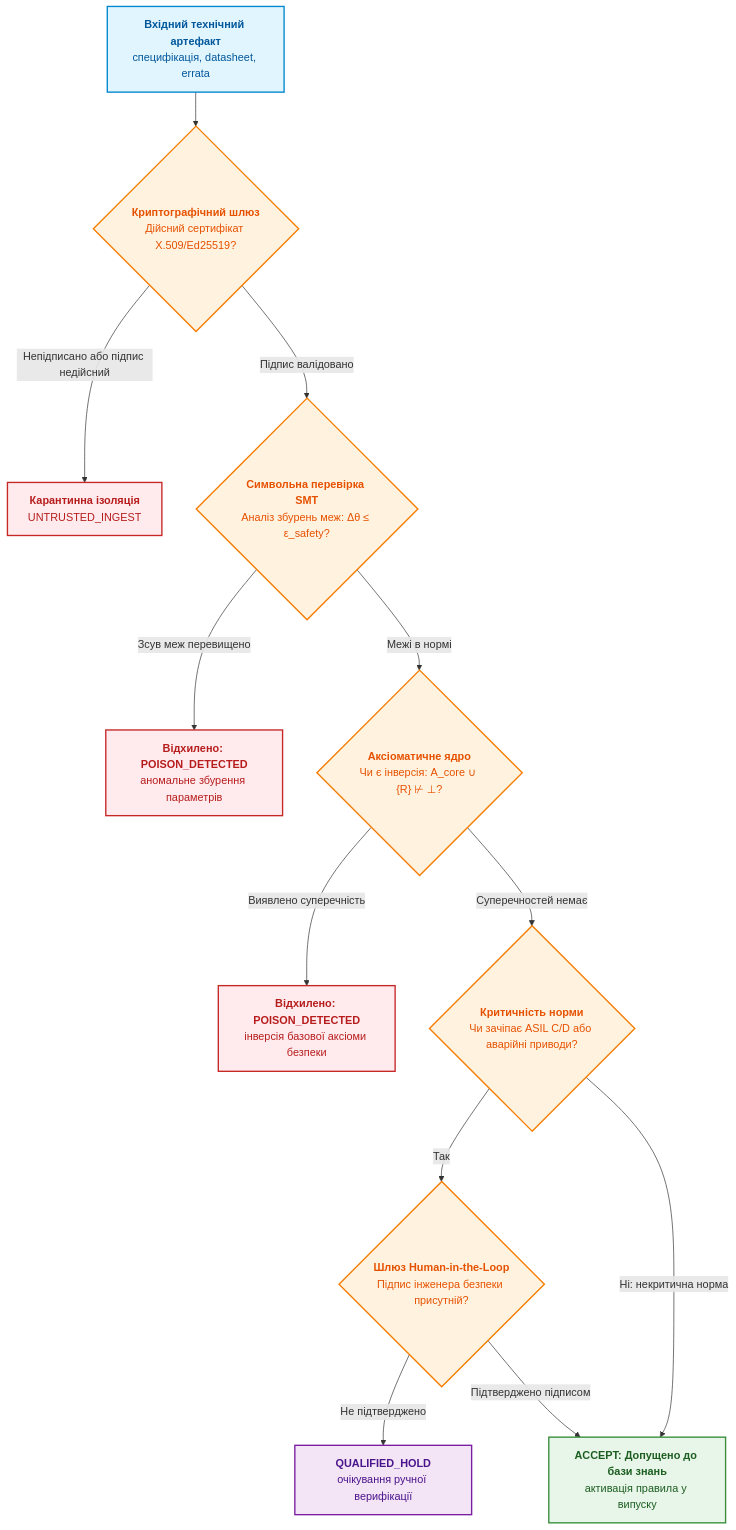
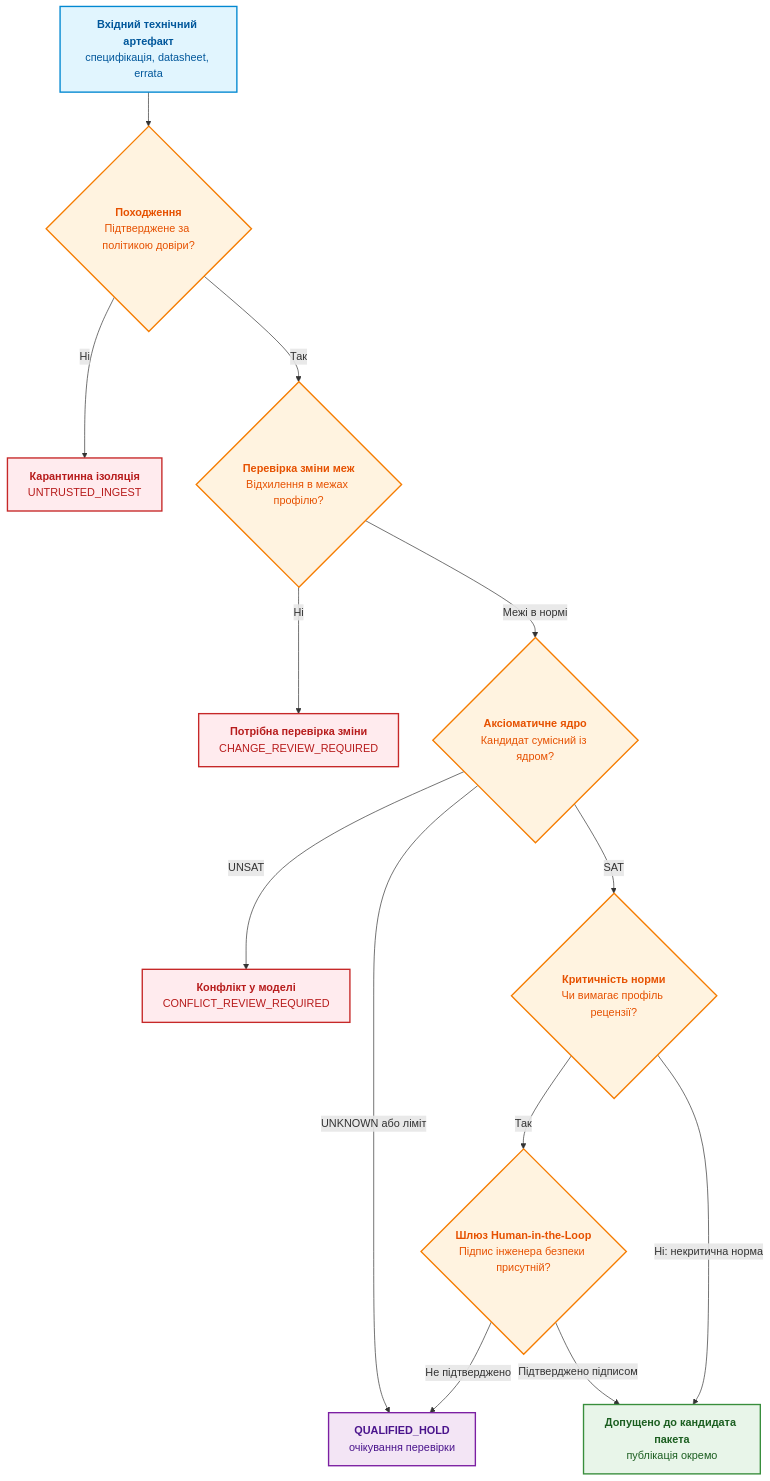
Before and after one commit to nick-fedchik/articles: the tenth of 12 diagrams in ExpertSystem/ch15-knowledge-extraction-and-kb-construction.md, drawn with Mermaid. The commit also changed other lines of this file and 7 other files, not shown here.

````diff
--- a/ExpertSystem/ch15-knowledge-extraction-and-kb-construction.md
+++ b/ExpertSystem/ch15-knowledge-extraction-and-kb-construction.md
@@ -1349,29 +1541,30 @@
 ```mermaid
 flowchart TD
     accTitle: Шлюз захисту від епістемічного отруєння знань
-    accDescr: Багаторівнева перевірка імпортованих нормативних артефактів за таксономією MITRE ATLAS AML.T0020 та AML.T0043 через криптографічну автентифікацію, символьний SMT-аналіз збурень та шлюз за участі людини в циклі керування.
+    accDescr: Проєктна політика перевіряє походження, зміни меж, сумісність аксіом і потребу рецензії. Незавершений SMT-аналіз або непідтверджена зміна не дають допуску.
 
-    Artifact["<b>Вхідний технічний артефакт</b><br/>специфікація, datasheet, errata"] --> V_Cert{"<b>Криптографічний шлюз</b><br/>Дійсний сертифікат X.509/Ed25519?"}
-    V_Cert -- Непідписано або підпис недійсний --> Quarantine["<b>Карантинна ізоляція</b><br/>UNTRUSTED_INGEST"]
-    V_Cert -- Підпис валідовано --> SMT_Pre{"<b>Символьна перевірка SMT</b><br/>Аналіз збурень меж: Δθ ≤ ε_safety?"}
-    SMT_Pre -- Зсув меж перевищено --> Poison1["<b>Відхилено: POISON_DETECTED</b><br/>аномальне збурення параметрів"]
-    SMT_Pre -- Межі в нормі --> SMT_Inv{"<b>Аксіоматичне ядро</b><br/>Чи є інверсія: A_core ∪ {R} ⊬ ⊥?"}
-    SMT_Inv -- Виявлено суперечність --> Poison2["<b>Відхилено: POISON_DETECTED</b><br/>інверсія базової аксіоми безпеки"]
-    SMT_Inv -- Суперечностей немає --> Check_ASIL{"<b>Критичність норми</b><br/>Чи зачіпає ASIL C/D або аварійні приводи?"}
+    Artifact["<b>Вхідний технічний артефакт</b><br/>специфікація, datasheet, errata"] --> V_Cert{"<b>Походження</b><br/>Підтверджене за політикою довіри?"}
+    V_Cert -- Ні --> Quarantine["<b>Карантинна ізоляція</b><br/>UNTRUSTED_INGEST"]
+    V_Cert -- Так --> SMT_Pre{"<b>Перевірка зміни меж</b><br/>Відхилення в межах профілю?"}
+    SMT_Pre -- Ні --> Poison1["<b>Потрібна перевірка зміни</b><br/>CHANGE_REVIEW_REQUIRED"]
+    SMT_Pre -- Межі в нормі --> SMT_Inv{"<b>Аксіоматичне ядро</b><br/>Кандидат сумісний із ядром?"}
+    SMT_Inv -- UNSAT --> Poison2["<b>Конфлікт у моделі</b><br/>CONFLICT_REVIEW_REQUIRED"]
+    SMT_Inv -- UNKNOWN або ліміт --> Hold["<b>QUALIFIED_HOLD</b><br/>очікування перевірки"]
+    SMT_Inv -- SAT --> Check_ASIL{"<b>Критичність норми</b><br/>Чи вимагає профіль рецензії?"}
     Check_ASIL -- Так --> HITL_Gate{"<b>Шлюз Human-in-the-Loop</b><br/>Підпис інженера безпеки присутній?"}
-    HITL_Gate -- Не підтверджено --> Hold["<b>QUALIFIED_HOLD</b><br/>очікування ручної верифікації"]
-    HITL_Gate -- Підтверджено підписом --> Release["<b>ACCEPT: Допущено до бази знань</b><br/>активація правила у випуску"]
+    HITL_Gate -- Не підтверджено --> Hold
+    HITL_Gate -- Підтверджено підписом --> Release["<b>Допущено до кандидата пакета</b><br/>публікація окремо"]
     Check_ASIL -- Ні: некритична норма --> Release
 
     classDef src fill:#e1f5fe,stroke:#0288d1,stroke-width:2px,color:#01579b;
     classDef check fill:#fff3e0,stroke:#f57c00,stroke-width:2px,color:#e65100;
     classDef poison fill:#ffebee,stroke:#c62828,stroke-width:2px,color:#b71c1c;
     classDef hold fill:#f3e5f5,stroke:#7b1fa2,stroke-width:2px,color:#4a148c;
     classDef ok fill:#e8f5e9,stroke:#388e3c,stroke-width:2px,color:#1b5e20;
 
     class Artifact src;
     class V_Cert,SMT_Pre,SMT_Inv,Check_ASIL,HITL_Gate check;
     class Quarantine,Poison1,Poison2 poison;
     class Hold hold;
     class Release ok;
 ```
````
